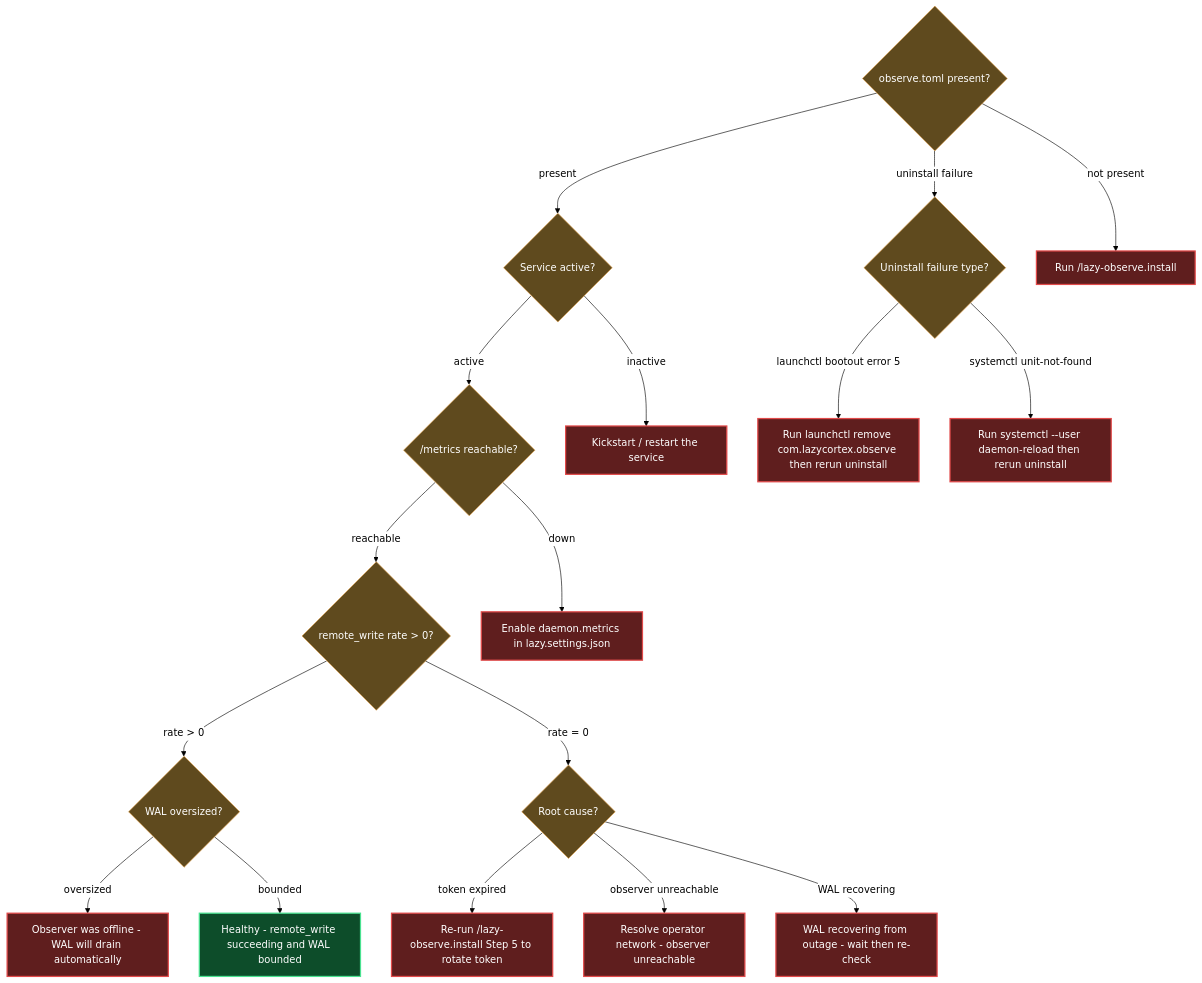
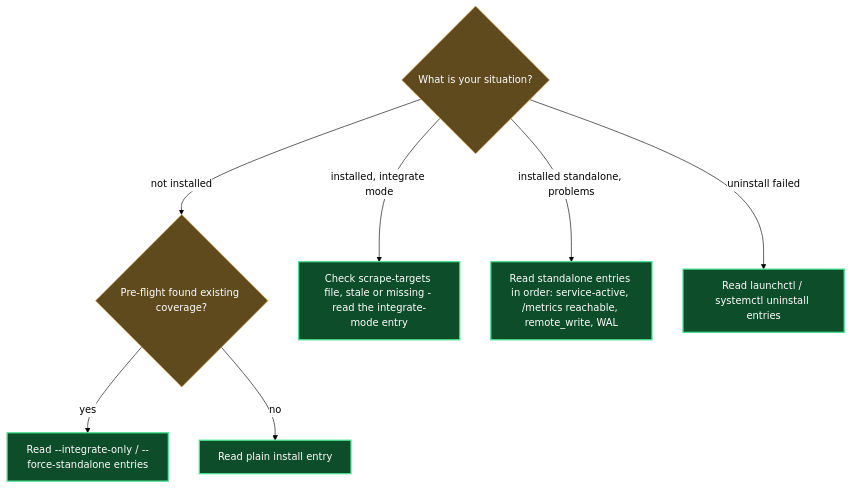
One commit to mebius-san/lazy-cortex changed the diagram in claude/lazycortex-observe/help/troubleshooting.md. Above: the diagram before and after it, drawn with Mermaid. The commit also changed other lines of this file and 65 other files, not shown here.

````diff
--- a/claude/lazycortex-observe/help/troubleshooting.md
+++ b/claude/lazycortex-observe/help/troubleshooting.md
@@ -159,61 +178,30 @@
 ```mermaid
 %%{init: {'themeVariables':{'lineColor':'#000','textColor':'#000','edgeLabelBackground':'#fff'},'themeCSS':'.edgeLabel{background-color:transparent!important}.edgeLabel p{background-color:transparent!important}','flowchart':{'diagramPadding':5,'useMaxWidth':true}}}%%
 flowchart TD
-  isInstalled{observe.toml present?}
-  isActive{Service active?}
-  isReachable{/metrics reachable?}
-  hasRemoteWrite{remote_write rate > 0?}
-  walSized{WAL oversized?}
-  zeroRateCause{Root cause?}
-  uninstallFail{Uninstall failure type?}
+  whatIsYourSituation{What is your situation?}
+  preFlightCoverage{Pre-flight found existing coverage?}
 
-  fixInstall[Run /lazy-observe.install]
-  fixRestart[Kickstart / restart the service]
-  fixMetrics[Enable daemon.metrics in lazy.settings.json]
-  fixToken[Re-run /lazy-observe.install Step 5 to rotate token]
-  fixNetwork[Resolve operator network - observer unreachable]
-  fixWAL[WAL recovering from outage - wait then re-check]
-  walDrain[Observer was offline - WAL will drain automatically]
-  healthy[Healthy - remote_write succeeding and WAL bounded]
-  fixLaunchctl[Run launchctl remove com.lazycortex.observe then rerun uninstall]
-  fixSystemd[Run systemctl --user daemon-reload then rerun uninstall]
+  integrateOrForceEntries[Read --integrate-only / --force-standalone entries]
+  plainInstallEntry[Read plain install entry]
+  integrateModeEntry[Check scrape-targets file, stale or missing - read the integrate-mode entry]
+  standaloneEntries[Read standalone entries in order: service-active, /metrics reachable, remote_write, WAL]
+  uninstallEntries[Read launchctl / systemctl uninstall entries]
 
-  isInstalled -->|not present| fixInstall
-  isInstalled -->|present| isActive
-  isInstalled -->|uninstall failure| uninstallFail
-  isActive -->|inactive| fixRestart
-  isActive -->|active| isReachable
-  isReachable -->|down| fixMetrics
-  isReachable -->|reachable| hasRemoteWrite
-  hasRemoteWrite -->|rate > 0| walSized
-  hasRemoteWrite -->|rate = 0| zeroRateCause
-  zeroRateCause -->|token expired| fixToken
-  zeroRateCause -->|observer unreachable| fixNetwork
-  zeroRateCause -->|WAL recovering| fixWAL
-  walSized -->|oversized| walDrain
-  walSized -->|bounded| healthy
-  uninstallFail -->|launchctl bootout error 5| fixLaunchctl
-  uninstallFail -->|systemctl unit-not-found| fixSystemd
+  whatIsYourSituation -->|not installed| preFlightCoverage
+  whatIsYourSituation -->|installed, integrate mode| integrateModeEntry
+  whatIsYourSituation -->|installed standalone, problems| standaloneEntries
+  whatIsYourSituation -->|uninstall failed| uninstallEntries
+  preFlightCoverage -->|yes| integrateOrForceEntries
+  preFlightCoverage -->|no| plainInstallEntry
 
   classDef guard fill:#5f4a1e,stroke:#e2a14a,color:#fff
   classDef success fill:#0d4d2a,stroke:#4ae290,color:#fff,stroke-width:2px
-  classDef error fill:#5f1e1e,stroke:#e24a4a,color:#fff,stroke-width:2px
 
-  class isInstalled guard
-  class isActive guard
-  class isReachable guard
-  class hasRemoteWrite guard
-  class walSized guard
-  class zeroRateCause guard
-  class uninstallFail guard
-  class healthy success
-  class fixInstall error
-  class fixRestart error
-  class fixMetrics error
-  class fixToken error
-  class fixNetwork error
-  class fixWAL error
-  class walDrain error
-  class fixLaunchctl error
-  class fixSystemd error
+  class whatIsYourSituation guard
+  class preFlightCoverage guard
+  class integrateOrForceEntries success
+  class plainInstallEntry success
+  class integrateModeEntry success
+  class standaloneEntries success
+  class uninstallEntries success
 ```
````
